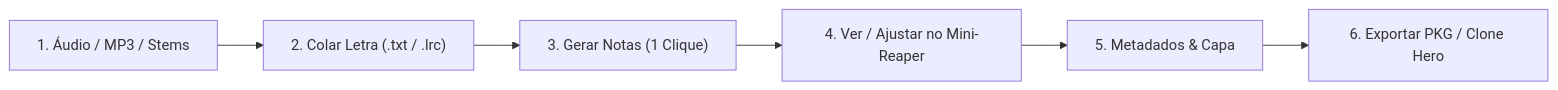
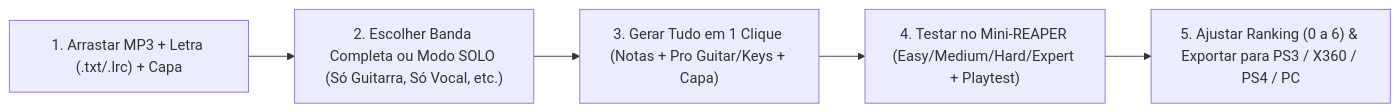
The first of 2 diagrams in TUTORIAL_VISUAL.md (gecclissi/MidGuitar), drawn with Mermaid before and after one commit. The commit also changed other lines of this file and 15 other files, not shown here.

Commit message:
feat: adicionar modos Solo simetricos para todos os instrumentos, Pro Chords, simulador Playtest, ranking 0-6 e sincronizar tutoriais

````diff
--- a/TUTORIAL_VISUAL.md
+++ b/TUTORIAL_VISUAL.md
@@ -9,8 +9,7 @@
 ```mermaid
 flowchart LR
-    A["1. Áudio / MP3 / Stems"] --> B["2. Colar Letra (.txt / .lrc)"]
-    B --> C["3. Gerar Notas (1 Clique)"]
-    C --> D["4. Ver / Ajustar no Mini-Reaper"]
-    D --> E["5. Metadados & Capa"]
-    E --> F["6. Exportar PKG / Clone Hero"]
+    A["1. Arrastar MP3 + Letra (.txt/.lrc) + Capa"] --> B["2. Escolher Banda Completa ou Modo SOLO (Só Guitarra, Só Vocal, etc.)"]
+    B --> C["3. Gerar Tudo em 1 Clique (Notas + Pro Guitar/Keys + Capa)"]
+    C --> D["4. Testar no Mini-REAPER (Easy/Medium/Hard/Expert + Playtest)"]
+    D --> E["5. Ajustar Ranking (0 a 6) & Exportar para PS3 / X360 / PS4 / PC"]
 ```
````
